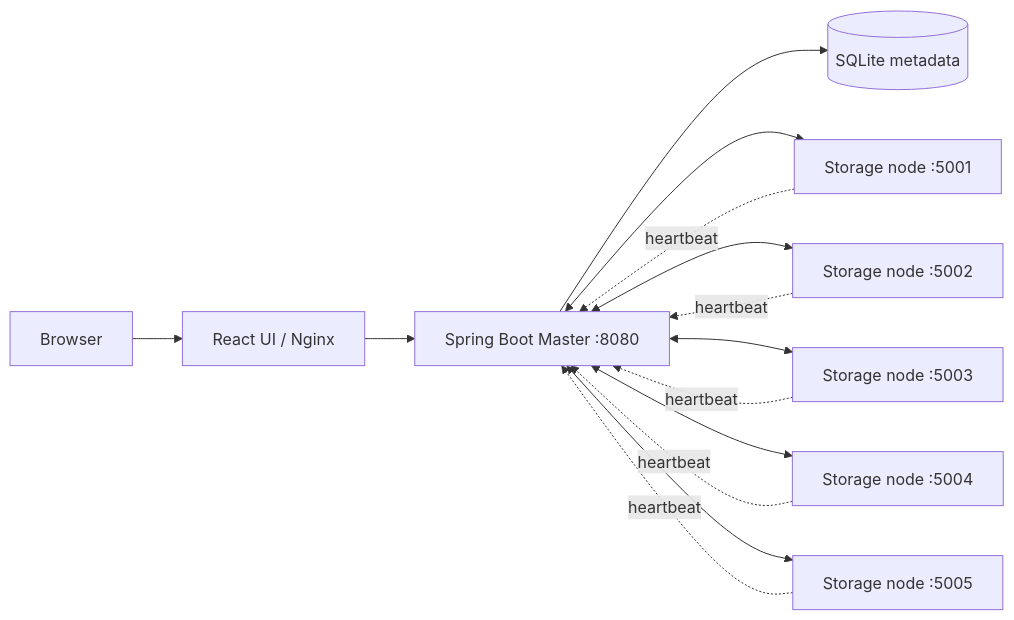
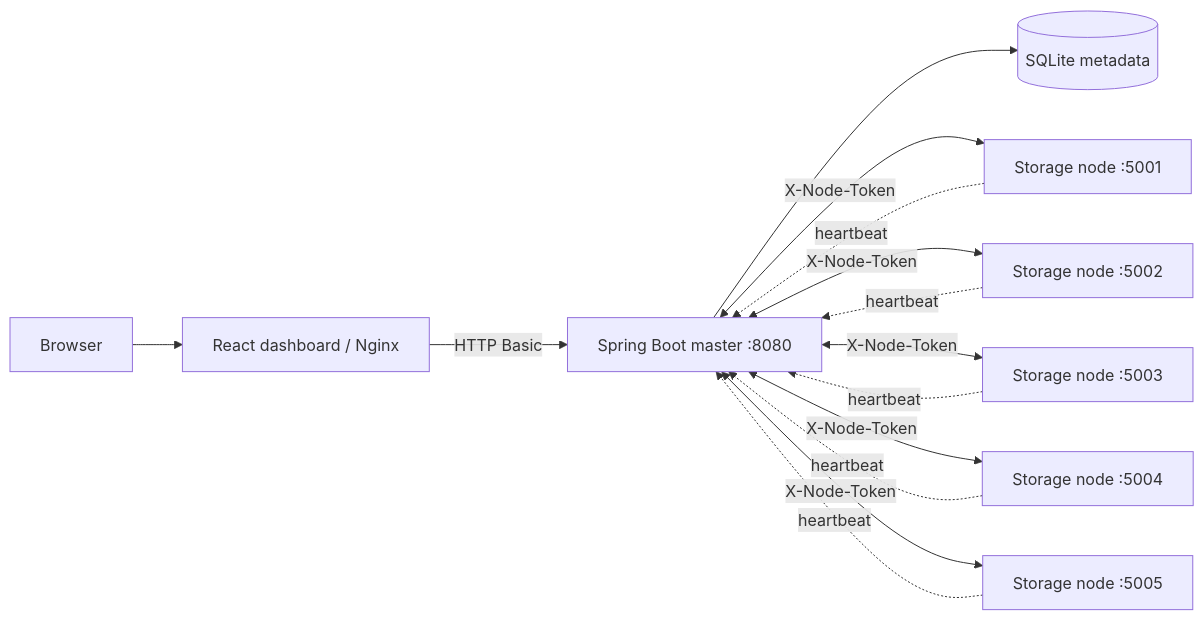
One commit to Basavaraj8143/distributed-storage-system changed the first of 4 diagrams in README.md. Above: the diagram before and after it, drawn with Mermaid. The commit also changed other lines of this file and 9 other files, not shown here.

````diff
--- a/README.md
+++ b/README.md
@@ -16,16 +32,16 @@
 ```mermaid
 flowchart LR
-    Browser[Browser] --> UI[React UI / Nginx]
-    UI --> Master[Spring Boot Master :8080]
+    Browser[Browser] --> UI[React dashboard / Nginx]
+    UI -->|HTTP Basic| Master[Spring Boot master :8080]
     Master --> DB[(SQLite metadata)]
-    Master <--> N1[Storage node :5001]
-    Master <--> N2[Storage node :5002]
-    Master <--> N3[Storage node :5003]
-    Master <--> N4[Storage node :5004]
-    Master <--> N5[Storage node :5005]
+    Master <-->|X-Node-Token| N1[Storage node :5001]
+    Master <-->|X-Node-Token| N2[Storage node :5002]
+    Master <-->|X-Node-Token| N3[Storage node :5003]
+    Master <-->|X-Node-Token| N4[Storage node :5004]
+    Master <-->|X-Node-Token| N5[Storage node :5005]
     N1 -. heartbeat .-> Master
     N2 -. heartbeat .-> Master
     N3 -. heartbeat .-> Master
     N4 -. heartbeat .-> Master
     N5 -. heartbeat .-> Master
 ```
````
